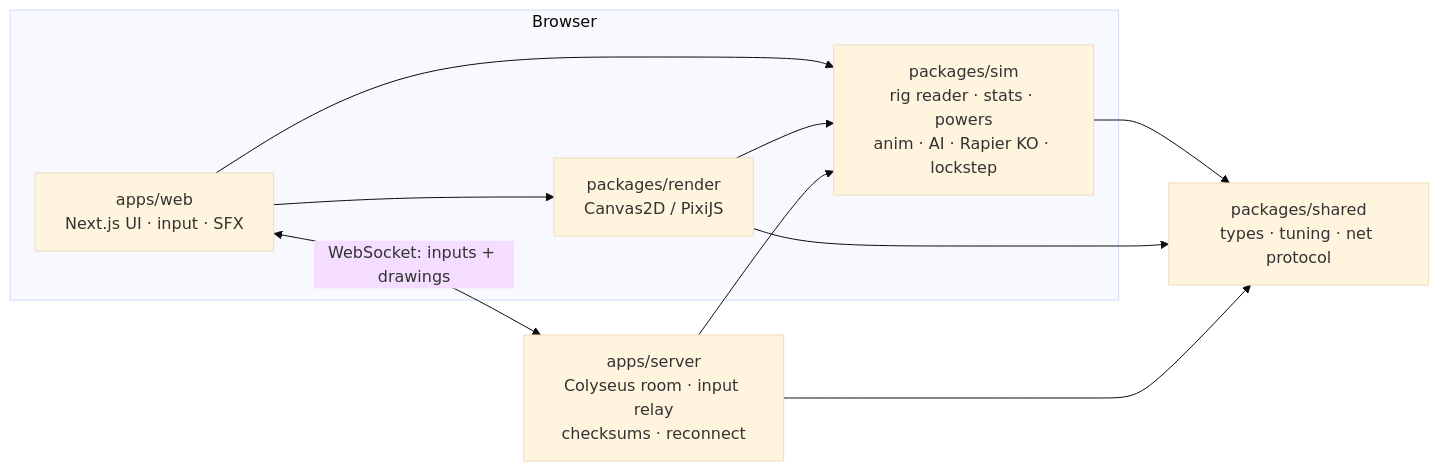
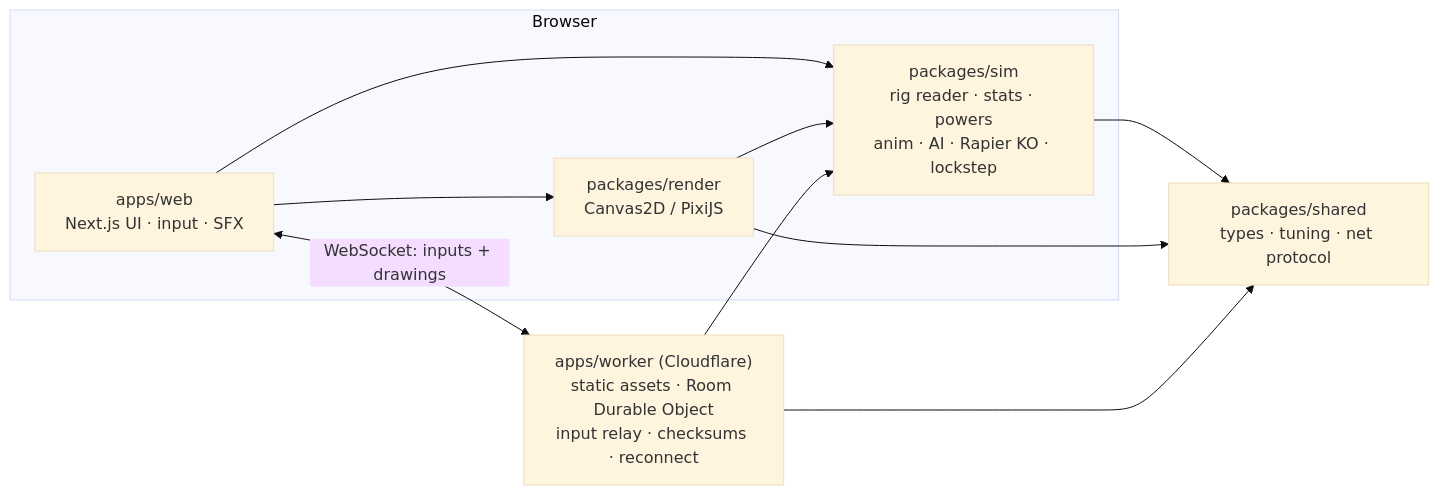
The diagram in README.md (Happyesss/notebook-fighters), drawn with Mermaid (base theme) before and after one commit. The commit also changed other lines of this file and 29 other files, not shown here.

First line of the commit message:
Deploy as one Cloudflare Worker: static site + Durable Object online rooms

````diff
--- a/README.md
+++ b/README.md
@@ -175,19 +200,19 @@
 ```mermaid
 flowchart LR
   subgraph Browser
     WEB["apps/web<br/>Next.js UI · input · SFX"]
     RENDER["packages/render<br/>Canvas2D / PixiJS"]
     SIM["packages/sim<br/>rig reader · stats · powers<br/>anim · AI · Rapier KO · lockstep"]
   end
   SHARED["packages/shared<br/>types · tuning · net protocol"]
-  SERVER["apps/server<br/>Colyseus room · input relay<br/>checksums · reconnect"]
+  SERVER["apps/worker (Cloudflare)<br/>static assets · Room Durable Object<br/>input relay · checksums · reconnect"]
 
   WEB --> SIM
   WEB --> RENDER
   RENDER --> SIM
   SIM --> SHARED
   RENDER --> SHARED
   WEB <-->|"WebSocket: inputs + drawings"| SERVER
   SERVER --> SIM
   SERVER --> SHARED
 ```
````
